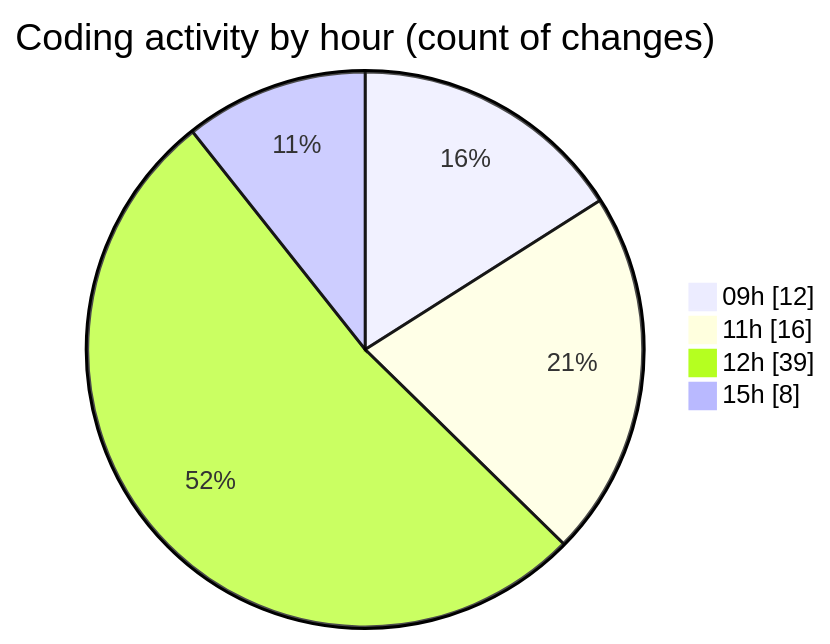
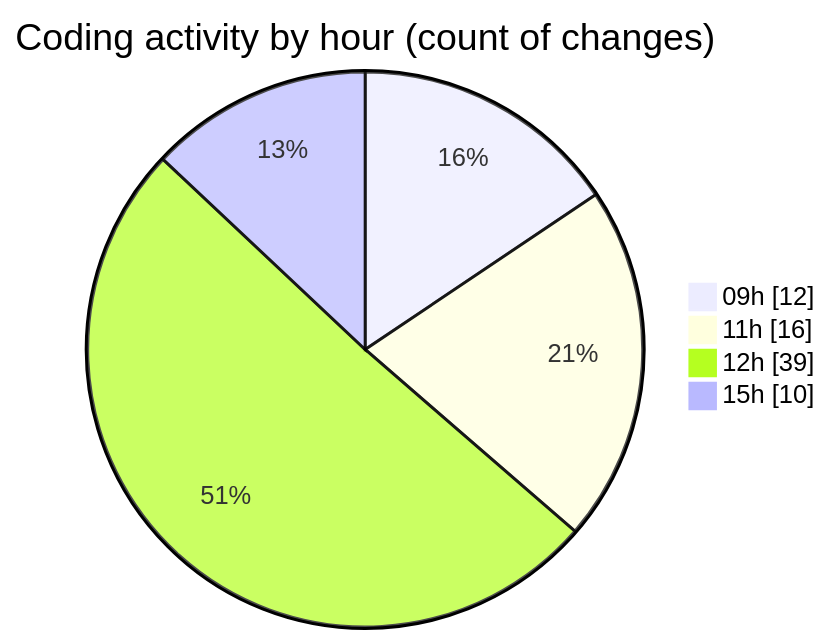
Before and after one commit to robertbonfada/code-tracking: the second of 2 diagrams in 2025-02-20/mbc-web/README.md, drawn with Mermaid. The commit also changed other lines of this file and 1 other file, not shown here.

````diff
--- a/2025-02-20/mbc-web/README.md
+++ b/2025-02-20/mbc-web/README.md
@@ -55,8 +55,8 @@
 ```mermaid
 pie showData
 title Coding activity by hour (count of changes)
 "09h" : 12
 "11h" : 16
 "12h" : 39
-"15h" : 8
+"15h" : 10
 ```
````
